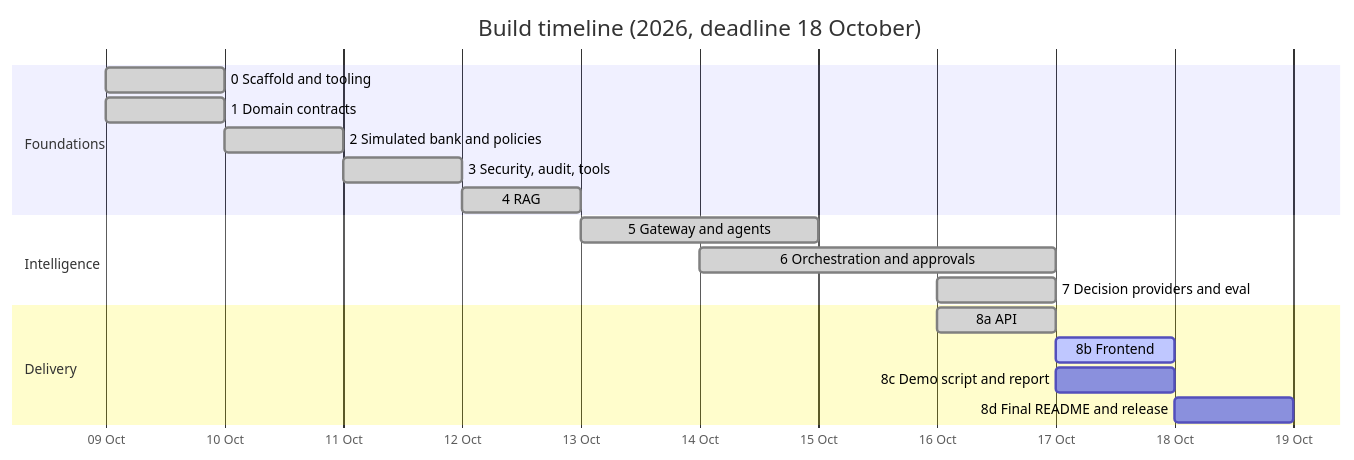
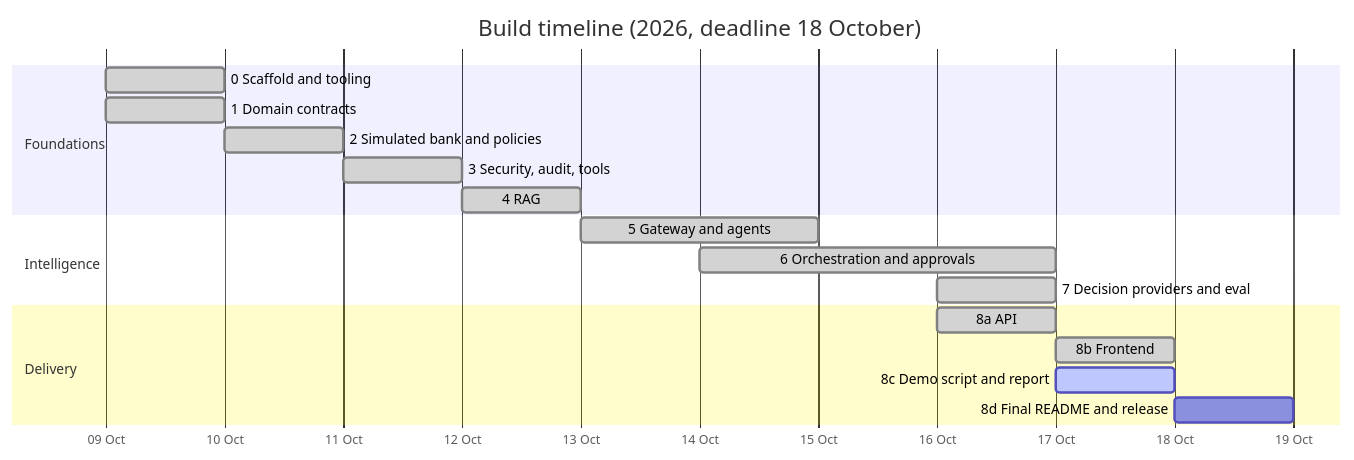
The sixth of 6 diagrams in README.md (mk-2007/Agentic-Banking), drawn with Mermaid before and after one commit. The commit also changed other lines of this file and 10 other files, not shown here.

````diff
--- a/README.md
+++ b/README.md
@@ -366,21 +366,21 @@
 ```mermaid
 gantt
     title Build timeline (2026, deadline 18 October)
     dateFormat YYYY-MM-DD
     axisFormat %d %b
     section Foundations
     0 Scaffold and tooling           :done, p0, 2026-10-09, 1d
     1 Domain contracts               :done, p1, 2026-10-09, 1d
     2 Simulated bank and policies    :done, p2, 2026-10-10, 1d
     3 Security, audit, tools         :done, p3, 2026-10-11, 1d
     4 RAG                            :done, p4, 2026-10-12, 1d
     section Intelligence
     5 Gateway and agents             :done, p5, 2026-10-13, 2d
     6 Orchestration and approvals    :done, p6, 2026-10-14, 3d
     7 Decision providers and eval    :done, p7, 2026-10-16, 1d
     section Delivery
     8a API                           :done, p8a, 2026-10-16, 1d
-    8b Frontend                      :active, p8b, 2026-10-17, 1d
-    8c Demo script and report        :p8c, 2026-10-17, 1d
+    8b Frontend                      :done, p8b, 2026-10-17, 1d
+    8c Demo script and report        :active, p8c, 2026-10-17, 1d
     8d Final README and release      :p8d, 2026-10-18, 1d
 ```
````
